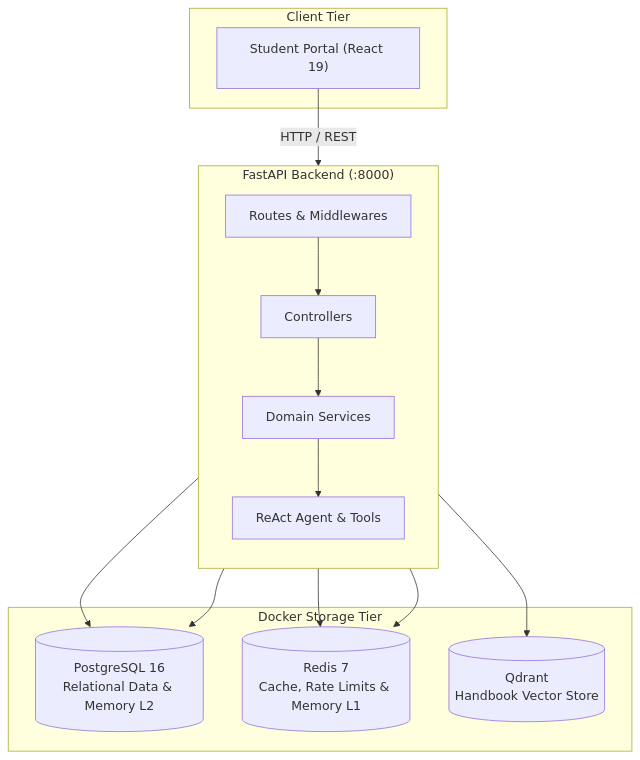
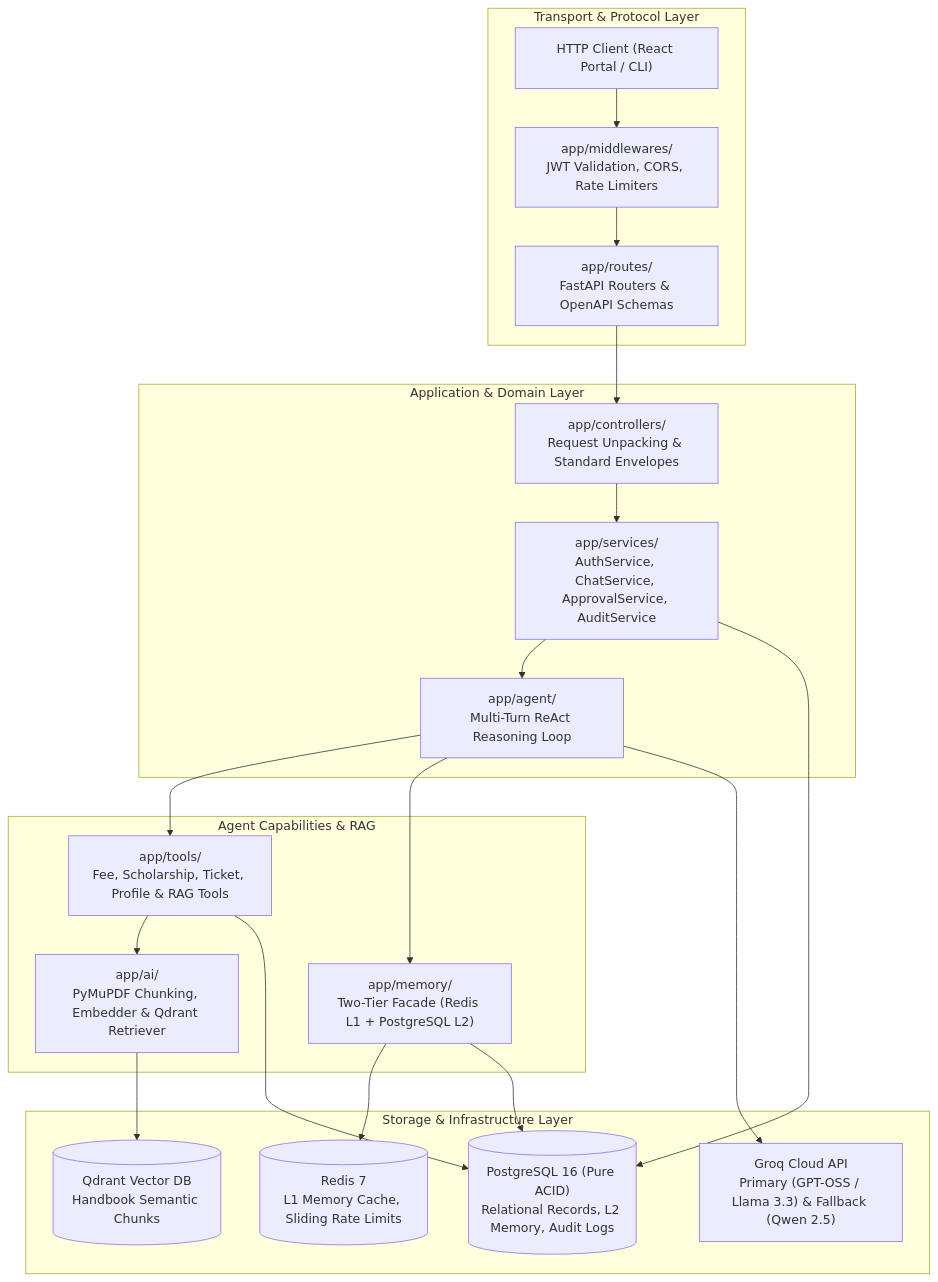
The first of 2 diagrams in Intelligent_Student_Support_Agent/README.md (nakul-cloud/Intelligent_Student_Support_Agent), drawn with Mermaid before and after one commit. The commit also changed other lines of this file and 10 other files, not shown here.

Commit message:
feat: initialize student support agent backend, frontend portal, and infrastructure configs

````diff
--- a/Intelligent_Student_Support_Agent/README.md
+++ b/Intelligent_Student_Support_Agent/README.md
@@ -43,31 +28,39 @@
 ```mermaid
 flowchart TD
-    subgraph Client["Client Tier"]
-        Frontend["Student Portal (React 19)"]
+    subgraph Inbound["Transport & Protocol Layer"]
+        HTTP["HTTP Client (React Portal / CLI)"]
+        Routes["app/routes/<br/>FastAPI Routers & OpenAPI Schemas"]
+        MW["app/middlewares/<br/>JWT Validation, CORS, Rate Limiters"]
     end
 
-    subgraph Backend["FastAPI Backend (:8000)"]
-        direction TB
-        Routes["Routes & Middlewares"]
-        Controllers["Controllers"]
-        Services["Domain Services"]
-        AgentCore["ReAct Agent & Tools"]
-
-        Routes --> Controllers
-        Controllers --> Services
-        Services --> AgentCore
+    subgraph AppLogic["Application & Domain Layer"]
+        Controllers["app/controllers/<br/>Request Unpacking & Standard Envelopes"]
+        Services["app/services/<br/>AuthService, ChatService, ApprovalService, AuditService"]
+        AgentCore["app/agent/<br/>Multi-Turn ReAct Reasoning Loop"]
     end
 
-    subgraph Storage["Docker Storage Tier"]
-        Postgres[("PostgreSQL 16<br/>Relational Data & Memory L2")]
-        Redis[("Redis 7<br/>Cache, Rate Limits & Memory L1")]
-        Qdrant[("Qdrant<br/>Handbook Vector Store")]
+    subgraph AgenticTools["Agent Capabilities & RAG"]
+        Tools["app/tools/<br/>Fee, Scholarship, Ticket, Profile & RAG Tools"]
+        RAG["app/ai/<br/>PyMuPDF Chunking, Embedder & Qdrant Retriever"]
+        Memory["app/memory/<br/>Two-Tier Facade (Redis L1 + PostgreSQL L2)"]
     end
 
-    Frontend -->|HTTP / REST| Routes
+    subgraph Persistence["Storage & Infrastructure Layer"]
+        Postgres[("PostgreSQL 16 (Pure ACID)<br/>Relational Records, L2 Memory, Audit Logs")]
+        Redis[("Redis 7<br/>L1 Memory Cache, Sliding Rate Limits")]
+        Qdrant[("Qdrant Vector DB<br/>Handbook Semantic Chunks")]
+        Groq["Groq Cloud API<br/>Primary (GPT-OSS / Llama 3.3) & Fallback (Qwen 2.5)"]
+    end
+
+    HTTP --> MW --> Routes --> Controllers --> Services
+    Services --> AgentCore
+    AgentCore --> Tools
+    AgentCore --> Memory
+    AgentCore --> Groq
+    Tools --> RAG
+    Tools --> Postgres
+    RAG --> Qdrant
+    Memory --> Redis
+    Memory --> Postgres
     Services --> Postgres
-    Services --> Redis
-    AgentCore --> Postgres
-    AgentCore --> Redis
-    AgentCore --> Qdrant
 ```
````
